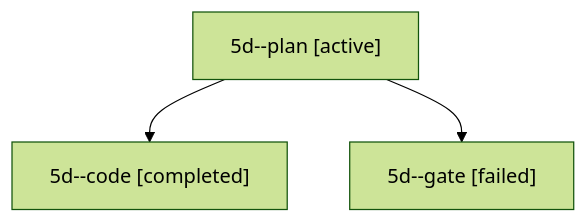
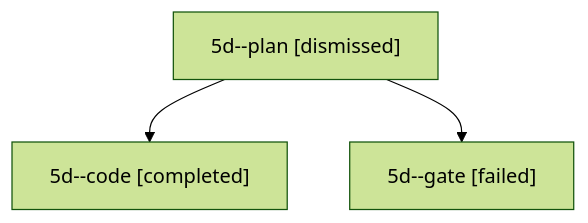
One commit to bobs-org/bob-cli--agents changed the diagram in sessions/bbugyi200.apollo.5d.md. Above: the diagram before and after it, drawn with Mermaid (forest theme). The commit also changed other lines of this file and 20 other files, not shown here.

````diff
--- a/sessions/bbugyi200.apollo.5d.md
+++ b/sessions/bbugyi200.apollo.5d.md
@@ -9,8 +9,8 @@
 ```mermaid
 flowchart TD
-  n0["5d--plan [active]"]
+  n0["5d--plan [dismissed]"]
   n1["5d--code [completed]"]
   n0 --> n1
   n2["5d--gate [failed]"]
   n0 --> n2
 ```
````
